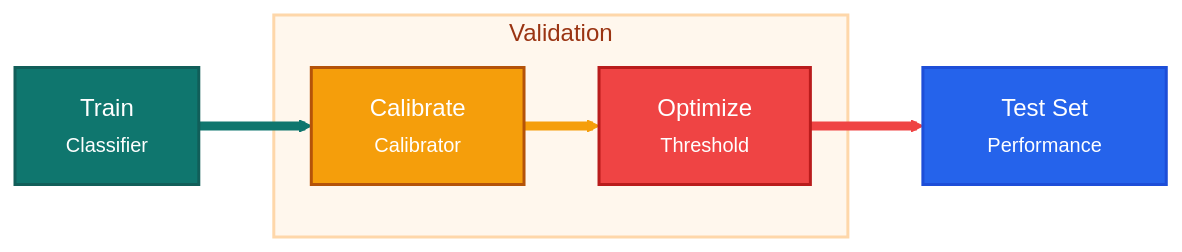
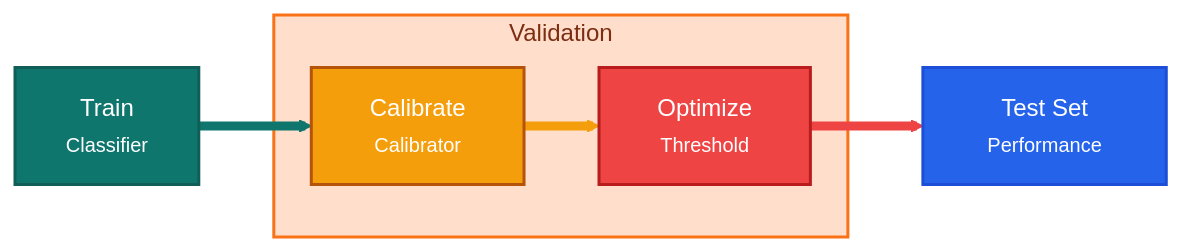
One commit to Pablo-Molla-Charlez/SecondaryModel changed the third of 4 diagrams in README.md. Above: the diagram before and after it, drawn with Mermaid.

Commit message:
Improved Final Readme

````diff
--- a/README.md
+++ b/README.md
@@ -88,20 +88,20 @@
 ```mermaid
 %%{init: {'theme': 'base', 'themeVariables': { 'primaryColor': '#0f766e', 'primaryBorderColor': '#115e59', 'primaryTextColor': '#ffffff', 'secondaryColor': '#f59e0b', 'tertiaryColor': '#dbeafe', 'lineColor': '#0f172a', 'background': '#ffffff'}}}%%
 flowchart LR
     subgraph Validation
         B["&nbsp;&nbsp;Calibrate&nbsp;&nbsp;<br/><small>Calibrator</small>"]:::calib
         C["&nbsp;&nbsp;Optimize&nbsp;&nbsp;<br/><small>Threshold</small>"]:::opt
         B --> C
     end
-    style Validation fill:#fff7ed,stroke:#fed7aa,stroke-width:2px,color:#9a3412
+    style Validation fill:#ffdecb,stroke:#f97316,stroke-width:2px,color:#7c2d12
     A["&nbsp;&nbsp;&nbsp;Train&nbsp;&nbsp;&nbsp;<br/><small>Classifier</small>"]:::train --> B
     D["&nbsp;&nbsp;&nbsp;&nbsp;&nbsp;Test Set&nbsp;&nbsp;&nbsp;&nbsp;&nbsp;<br/><small>Performance</small>"]:::test
     C --> D
     classDef train fill:#0f766e,stroke:#115e59,color:#ffffff,stroke-width:2px;
     classDef calib fill:#f59e0b,stroke:#b45309,color:#ffffff,stroke-width:2px;
     classDef opt   fill:#ef4444,stroke:#b91c1c,color:#ffffff,stroke-width:2px;
     classDef test  fill:#2563eb,stroke:#1d4ed8,color:#ffffff,stroke-width:2px;
     linkStyle 0 stroke:#f59e0b,stroke-width:6px;
     linkStyle 1 stroke:#0f766e,stroke-width:6px;
     linkStyle 2 stroke:#ef4444,stroke-width:6px;
 ```
````
